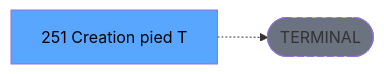
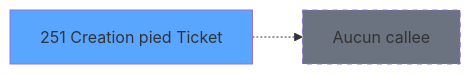
One commit to thonyAGP/magic-migration changed the third of 3 diagrams in .openspec/specs/ADH-IDE-251.md. Above: the diagram before and after it, drawn with Mermaid. The commit also changed other lines of this file and 493 other files, not shown here.

````diff
--- a/.openspec/specs/ADH-IDE-251.md
+++ b/.openspec/specs/ADH-IDE-251.md
@@ -138,8 +192,8 @@
 ```mermaid
 graph LR
-    T[251 Creation pied T]
-    TERM([TERMINAL])
-    T -.-> TERM
-    style TERM fill:#6b7280,stroke-dasharray: 5 5
-    style T fill:#58a6ff,color:#000
+    T251[251 Creation pied Ticket]
+    style T251 fill:#58a6ff
+    NONE[Aucun callee]
+    T251 -.-> NONE
+    style NONE fill:#6b7280,stroke-dasharray: 5 5
 ```
````
